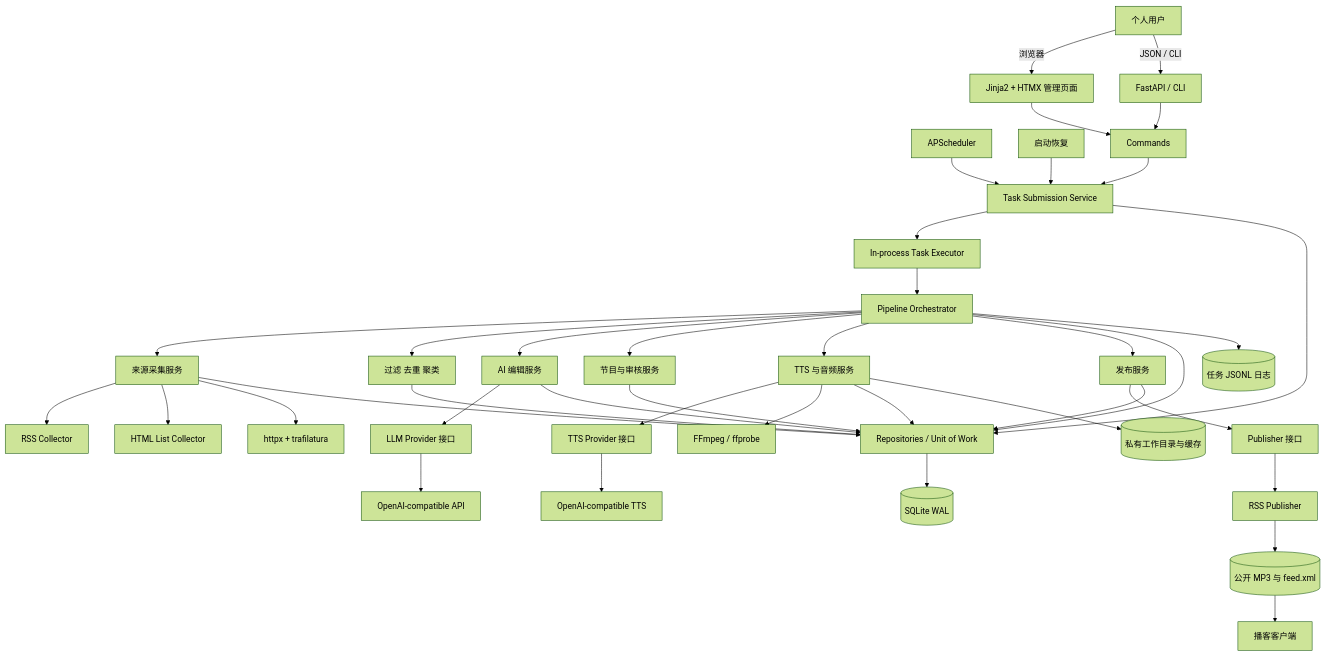
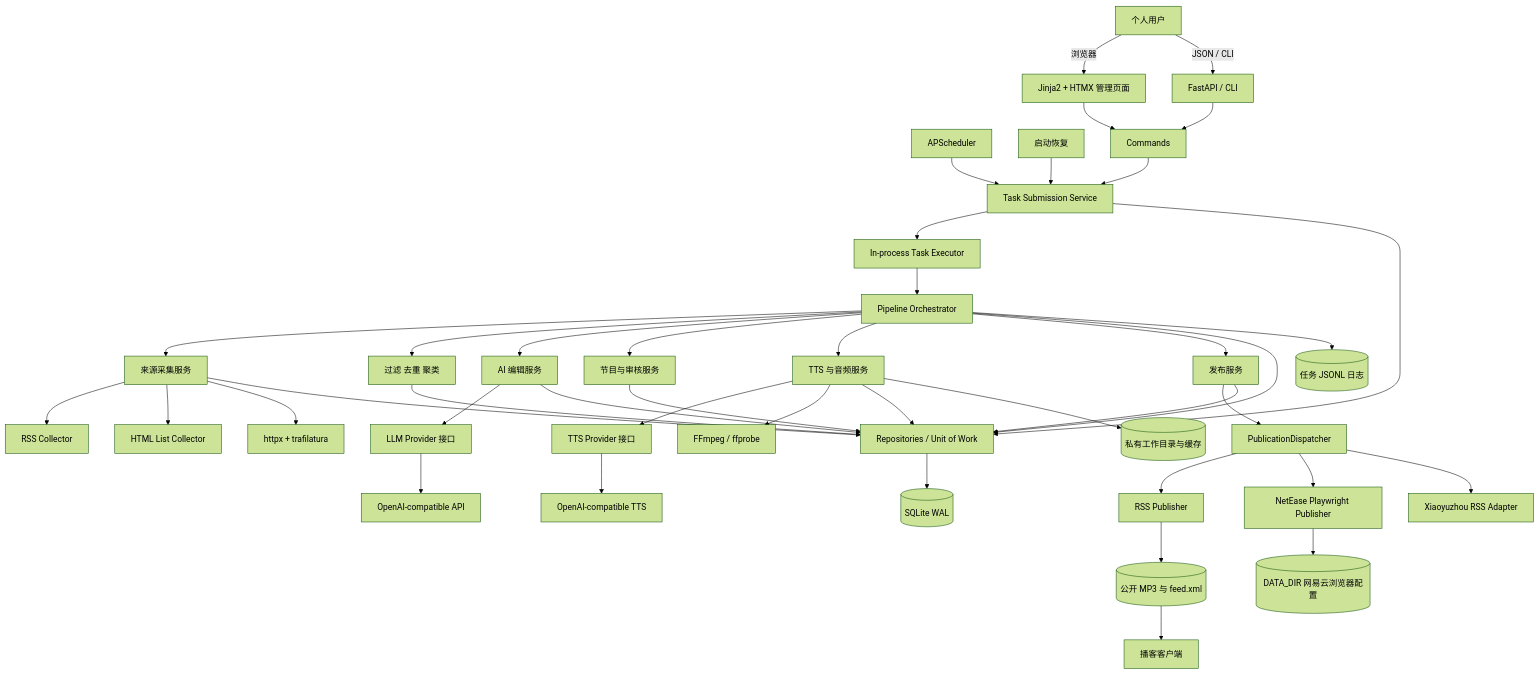
One commit to leisun123/daily_cast changed the first of 4 diagrams in docs/design.md. Above: the diagram before and after it, drawn with Mermaid (forest theme). The commit also changed other lines of this file and 9 other files, not shown here.

Commit message:
docs: document NetEase deployment and recovery

````diff
--- a/docs/design.md
+++ b/docs/design.md
@@ -60,45 +60,48 @@
 ```mermaid
 flowchart TB
     User[个人用户] -->|浏览器| Web[Jinja2 + HTMX 管理页面]
     User -->|JSON / CLI| API[FastAPI / CLI]
     Timer[APScheduler] --> Submission[Task Submission Service]
     Recovery[启动恢复] --> Submission
     Web --> Commands
     API --> Commands
 
     Commands --> Submission
     Submission --> Executor[In-process Task Executor]
     Executor --> Orchestrator[Pipeline Orchestrator]
     Orchestrator --> SourceSvc[来源采集服务]
     Orchestrator --> NewsSvc[过滤 去重 聚类]
     Orchestrator --> Editorial[AI 编辑服务]
     Orchestrator --> EpisodeSvc[节目与审核服务]
     Orchestrator --> AudioSvc[TTS 与音频服务]
     Orchestrator --> PublishSvc[发布服务]
 
     SourceSvc --> RSS[RSS Collector]
     SourceSvc --> HTML[HTML List Collector]
     SourceSvc --> Extractor[httpx + trafilatura]
     Editorial --> LLMPort[LLM Provider 接口]
     LLMPort --> OpenAICompat[OpenAI-compatible API]
     AudioSvc --> TTSPort[TTS Provider 接口]
     TTSPort --> OpenAITTS[OpenAI-compatible TTS]
     AudioSvc --> FFmpeg[FFmpeg / ffprobe]
-    PublishSvc --> PublisherPort[Publisher 接口]
-    PublisherPort --> RSSPublisher[RSS Publisher]
+    PublishSvc --> Dispatcher[PublicationDispatcher]
+    Dispatcher --> RSSPublisher[RSS Publisher]
+    Dispatcher --> NetEasePublisher[NetEase Playwright Publisher]
+    Dispatcher --> XiaoyuzhouPublisher[Xiaoyuzhou RSS Adapter]
 
     Orchestrator --> Repo[Repositories / Unit of Work]
     Submission --> Repo
     SourceSvc --> Repo
     NewsSvc --> Repo
     Editorial --> Repo
     EpisodeSvc --> Repo
     AudioSvc --> Repo
     PublishSvc --> Repo
     Repo --> SQLite[(SQLite WAL)]
     AudioSvc --> PrivateFiles[(私有工作目录与缓存)]
     RSSPublisher --> PublicFiles[(公开 MP3 与 feed.xml)]
+    NetEasePublisher --> BrowserProfile[(DATA_DIR 网易云浏览器配置)]
     Orchestrator --> Logs[(任务 JSONL 日志)]
 
     PublicFiles --> Podcast[播客客户端]
 ```
````
